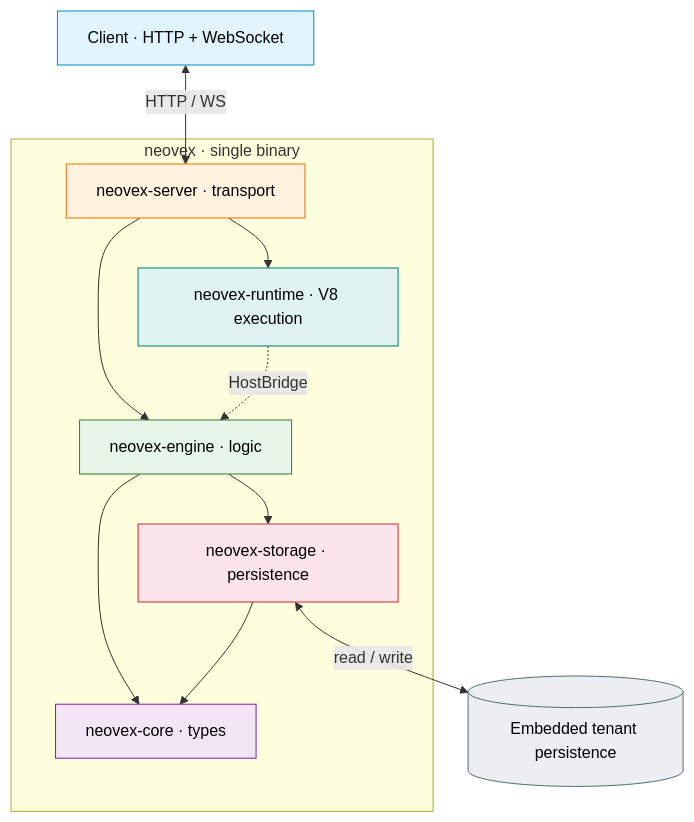
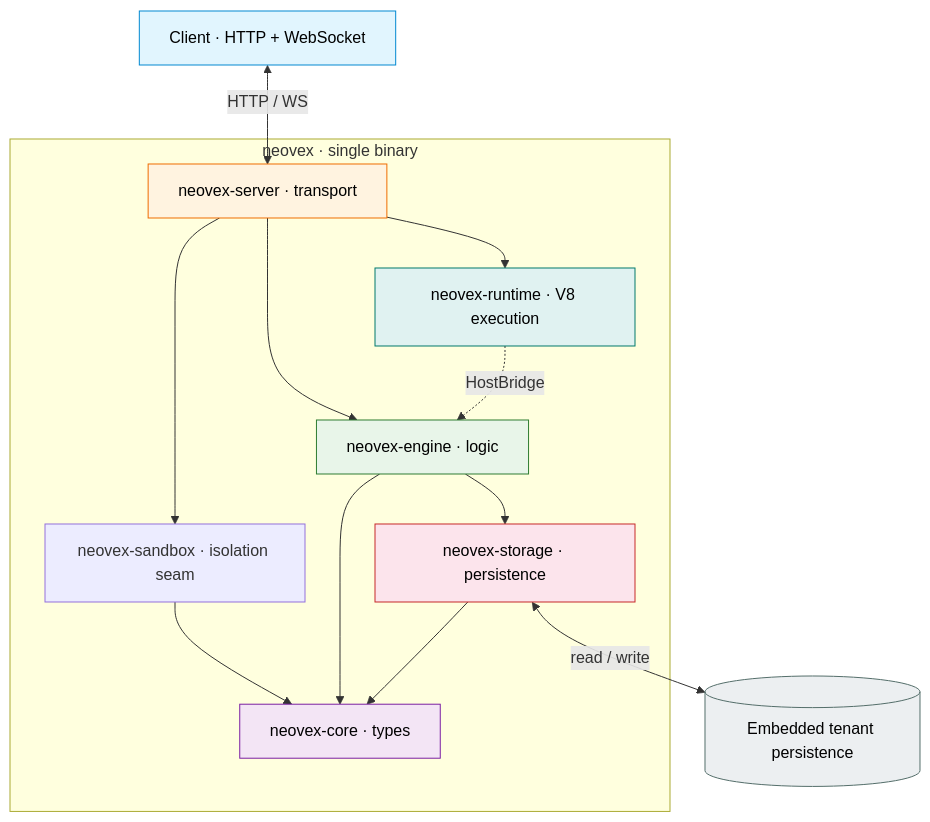
The second of 6 diagrams in ARCHITECTURE.md (nimbus/nimbus), drawn with Mermaid before and after one commit. The commit also changed other lines of this file and 185 other files, not shown here.

````diff
--- a/ARCHITECTURE.md
+++ b/ARCHITECTURE.md
@@ -58,39 +58,42 @@
 ```mermaid
 flowchart TD
     Client["Client · HTTP + WebSocket"]
 
     subgraph binary["neovex · single binary"]
         Server["neovex-server · transport"]
         Engine["neovex-engine · logic"]
         Runtime["neovex-runtime · V8 execution"]
+        Sandbox["neovex-sandbox · isolation seam"]
         Storage["neovex-storage · persistence"]
         Core["neovex-core · types"]
 
         Server --> Engine
         Server --> Runtime
+        Server --> Sandbox
         Runtime -.->|HostBridge| Engine
+        Sandbox --> Core
         Engine --> Storage
         Engine & Storage --> Core
     end
 
     Disk[("Embedded tenant persistence")]
 
     Client <-->|HTTP / WS| Server
     Storage <-->|read / write| Disk
 
     classDef client fill:#e1f5fe,stroke:#0288d1,color:#000
     classDef transport fill:#fff3e0,stroke:#ef6c00,color:#000
     classDef runtime fill:#e0f2f1,stroke:#00796b,color:#000
     classDef logic fill:#e8f5e9,stroke:#2e7d32,color:#000
     classDef storage fill:#fce4ec,stroke:#c62828,color:#000
     classDef types fill:#f3e5f5,stroke:#7b1fa2,color:#000
     classDef disk fill:#eceff1,stroke:#546e6a,color:#000
 
     class Client client
     class Server transport
     class Runtime runtime
     class Engine logic
     class Storage storage
     class Core types
     class Disk disk
 ```
````
